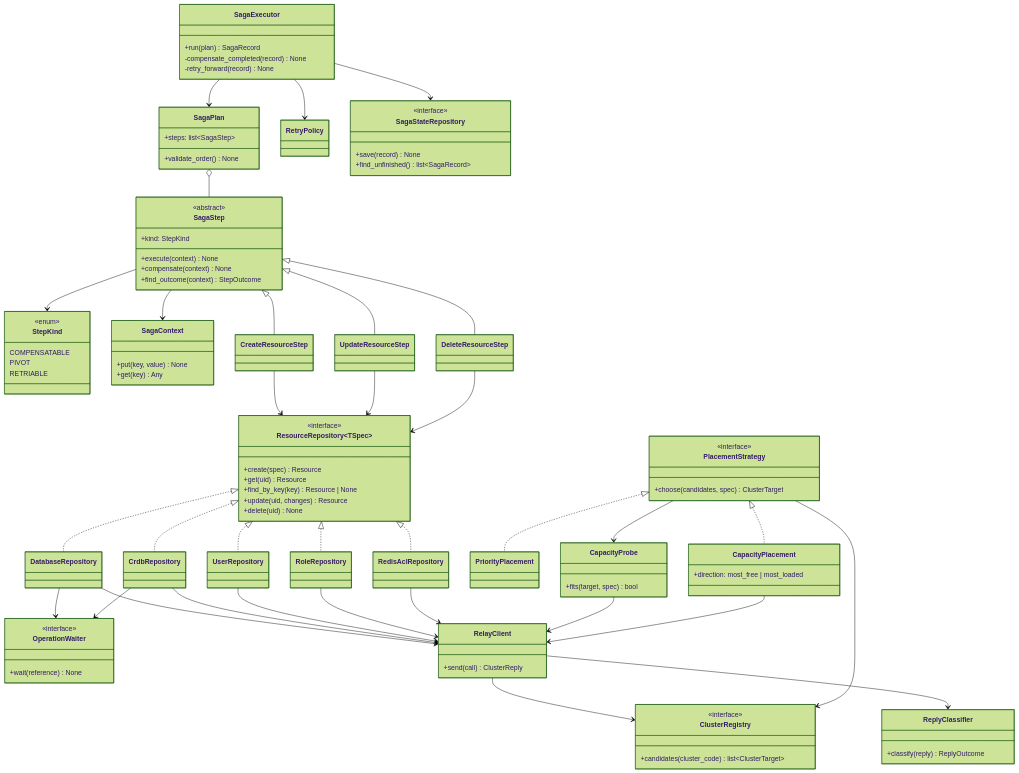
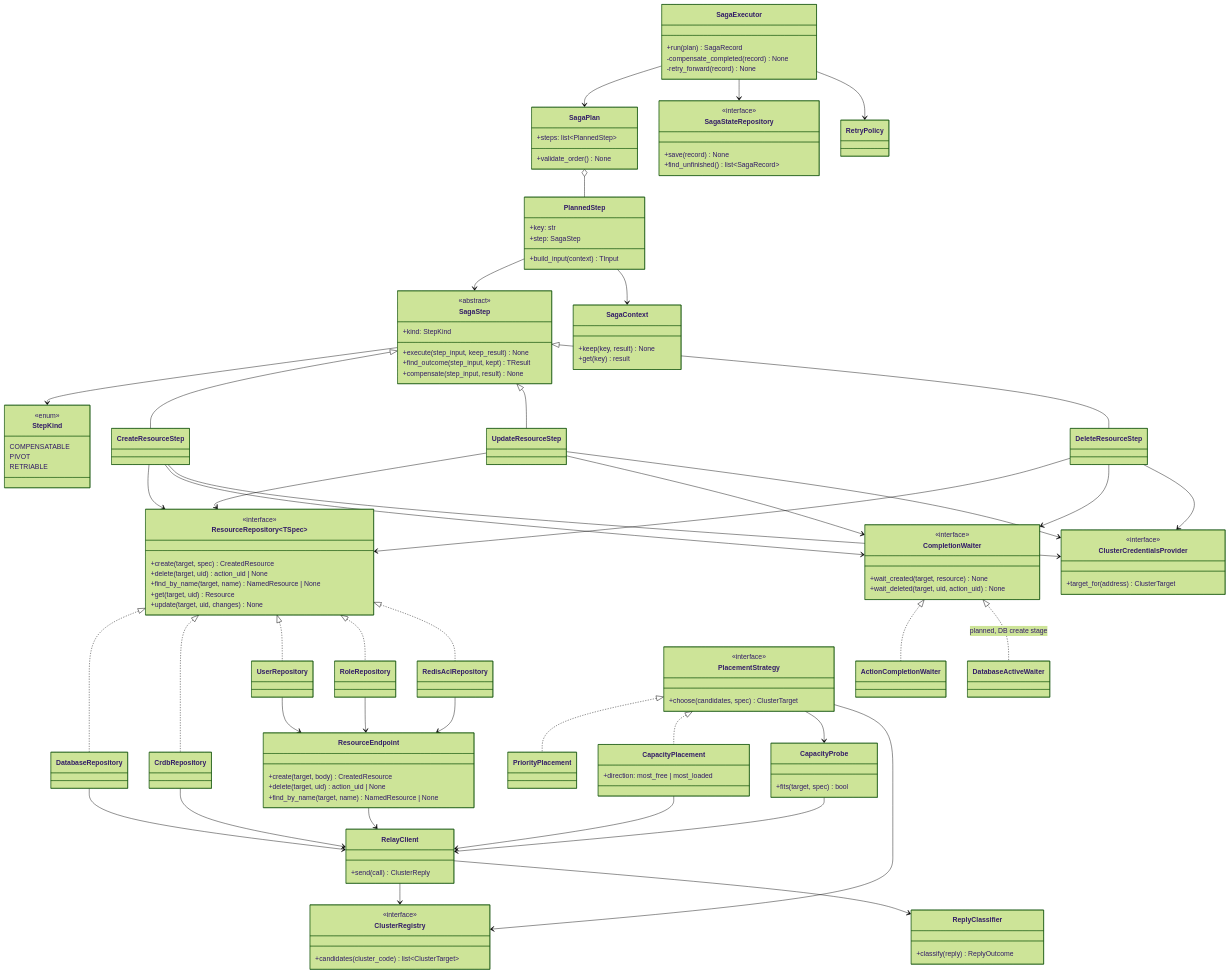
The second of 2 diagrams in docs/design/saga.md (EliShteinman/redis-enterprise-services), drawn with Mermaid (forest theme) before and after one commit. The commit also changed other lines of this file and 36 other files, not shown here.

First line of the commit message:
feat(steps): the SagaStep contract, and the existing user and DB update steps on it

```diff
--- a/docs/design/saga.md
+++ b/docs/design/saga.md
@@ -660,9 +663,9 @@
     class SagaStep {
         <<abstract>>
         +kind: StepKind
-        +execute(context) None
-        +compensate(context) None
-        +find_outcome(context) StepOutcome
+        +execute(step_input, keep_result) None
+        +find_outcome(step_input, kept) TResult
+        +compensate(step_input, result) None
     }
     class StepKind {
         <<enum>>
@@ -671,12 +674,21 @@
         RETRIABLE
     }
     class SagaPlan {
-        +steps: list~SagaStep~
+        +steps: list~PlannedStep~
         +validate_order() None
     }
+    class PlannedStep {
+        +key: str
+        +step: SagaStep
+        +build_input(context) TInput
+    }
     class SagaContext {
-        +put(key, value) None
-        +get(key) Any
+        +keep(key, result) None
+        +get(key) result
+    }
+    class ClusterCredentialsProvider {
+        <<interface>>
+        +target_for(address) ClusterTarget
     }
     class SagaExecutor {
         +run(plan) SagaRecord
@@ -696,21 +708,29 @@
 
     class ResourceRepository~TSpec~ {
         <<interface>>
-        +create(spec) Resource
-        +get(uid) Resource
-        +find_by_key(key) Resource | None
-        +update(uid, changes) Resource
-        +delete(uid) None
+        +create(target, spec) CreatedResource
+        +delete(target, uid) action_uid | None
+        +find_by_name(target, name) NamedResource | None
+        +get(target, uid) Resource
+        +update(target, uid, changes) None
+    }
+    class ResourceEndpoint {
+        +create(target, body) CreatedResource
+        +delete(target, uid) action_uid | None
+        +find_by_name(target, name) NamedResource | None
     }
     class DatabaseRepository
     class CrdbRepository
     class UserRepository
     class RoleRepository
     class RedisAclRepository
-    class OperationWaiter {
+    class CompletionWaiter {
         <<interface>>
-        +wait(reference) None
+        +wait_created(target, resource) None
+        +wait_deleted(target, uid, action_uid) None
     }
+    class ActionCompletionWaiter
+    class DatabaseActiveWaiter
 
     class ClusterRegistry {
         <<interface>>
@@ -737,8 +757,9 @@
     SagaExecutor --> SagaPlan
     SagaExecutor --> SagaStateRepository
     SagaExecutor --> RetryPolicy
-    SagaPlan o-- SagaStep
-    SagaStep --> SagaContext
+    SagaPlan o-- PlannedStep
+    PlannedStep --> SagaStep
+    PlannedStep --> SagaContext
     SagaStep --> StepKind
     SagaStep <|-- CreateResourceStep
     SagaStep <|-- UpdateResourceStep
@@ -746,18 +767,25 @@
     CreateResourceStep --> ResourceRepository
     UpdateResourceStep --> ResourceRepository
     DeleteResourceStep --> ResourceRepository
+    CreateResourceStep --> CompletionWaiter
+    UpdateResourceStep --> CompletionWaiter
+    DeleteResourceStep --> CompletionWaiter
+    CompletionWaiter <|.. ActionCompletionWaiter
+    CompletionWaiter <|.. DatabaseActiveWaiter : planned, DB create stage
     ResourceRepository <|.. DatabaseRepository
     ResourceRepository <|.. CrdbRepository
     ResourceRepository <|.. UserRepository
     ResourceRepository <|.. RoleRepository
     ResourceRepository <|.. RedisAclRepository
-    DatabaseRepository --> OperationWaiter
-    CrdbRepository --> OperationWaiter
     DatabaseRepository --> RelayClient
     CrdbRepository --> RelayClient
-    UserRepository --> RelayClient
-    RoleRepository --> RelayClient
-    RedisAclRepository --> RelayClient
+    UserRepository --> ResourceEndpoint
+    RoleRepository --> ResourceEndpoint
+    RedisAclRepository --> ResourceEndpoint
+    ResourceEndpoint --> RelayClient
+    CreateResourceStep --> ClusterCredentialsProvider
+    UpdateResourceStep --> ClusterCredentialsProvider
+    DeleteResourceStep --> ClusterCredentialsProvider
     RelayClient --> ClusterRegistry
     PlacementStrategy <|.. PriorityPlacement
     PlacementStrategy <|.. CapacityPlacement
```
